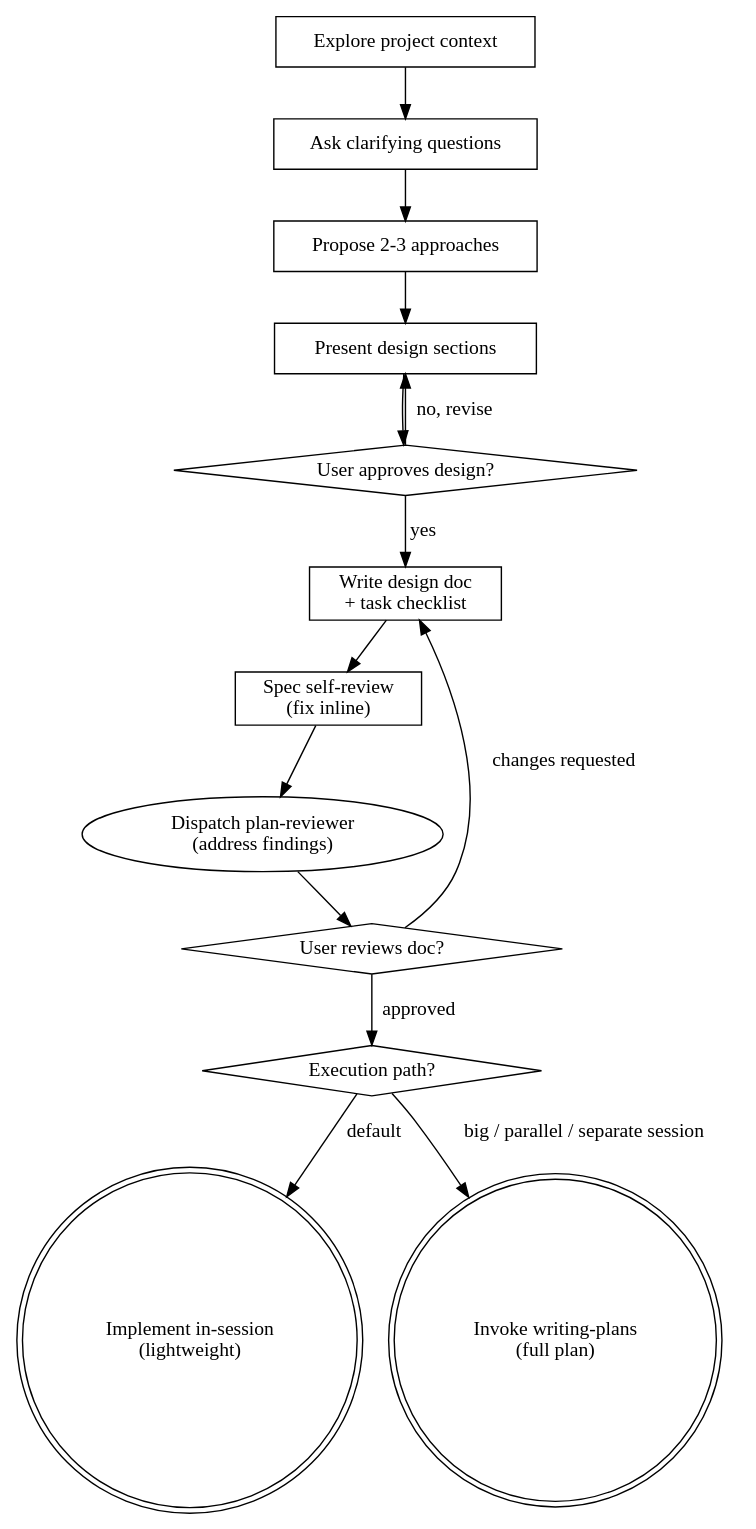
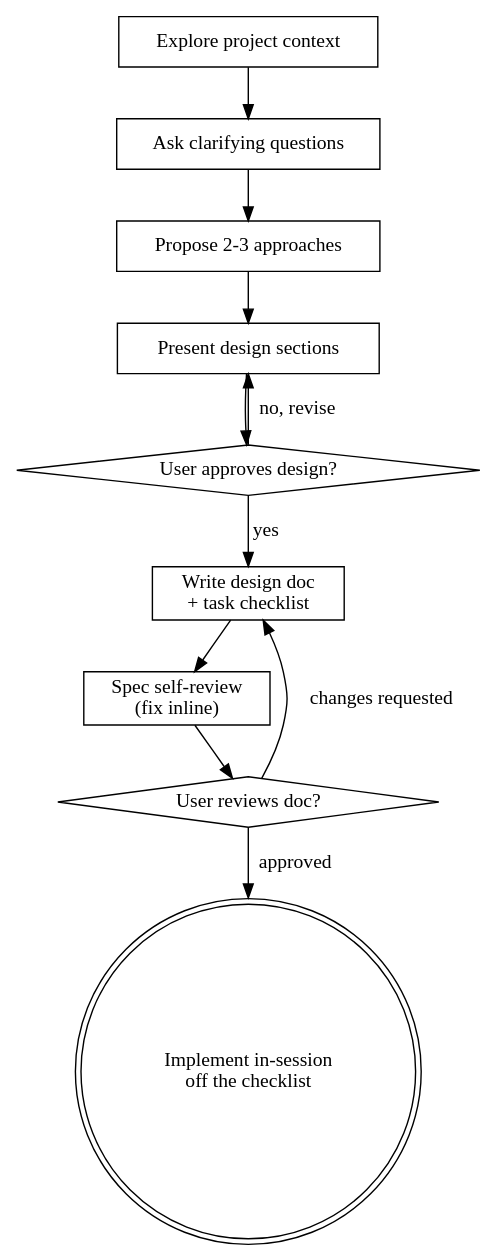
One commit to geofffranks/superpowers changed the diagram in skills/brainstorming/SKILL.md. Above: the diagram before and after it, drawn with Graphviz. The commit also changed other lines of this file and 8 other files, not shown here.

First line of the commit message:
feat(skills): route implementer/researcher/code-reviewer to clod-subagent; lightweight-only flow

````diff
--- a/skills/brainstorming/SKILL.md
+++ b/skills/brainstorming/SKILL.md
@@ -50,29 +49,24 @@
 ```dot
 digraph brainstorming {
     "Explore project context" [shape=box];
     "Ask clarifying questions" [shape=box];
     "Propose 2-3 approaches" [shape=box];
     "Present design sections" [shape=box];
     "User approves design?" [shape=diamond];
     "Write design doc\n+ task checklist" [shape=box];
     "Spec self-review\n(fix inline)" [shape=box];
     "User reviews doc?" [shape=diamond];
-    "Execution path?" [shape=diamond];
-    "Implement in-session\n(lightweight)" [shape=doublecircle];
-    "Invoke writing-plans\n(full plan)" [shape=doublecircle];
+    "Implement in-session\noff the checklist" [shape=doublecircle];
 
     "Explore project context" -> "Ask clarifying questions";
     "Ask clarifying questions" -> "Propose 2-3 approaches";
     "Propose 2-3 approaches" -> "Present design sections";
     "Present design sections" -> "User approves design?";
     "User approves design?" -> "Present design sections" [label="no, revise"];
     "User approves design?" -> "Write design doc\n+ task checklist" [label="yes"];
     "Write design doc\n+ task checklist" -> "Spec self-review\n(fix inline)";
-    "Spec self-review\n(fix inline)" -> "Dispatch plan-reviewer\n(address findings)";
-    "Dispatch plan-reviewer\n(address findings)" -> "User reviews doc?";
+    "Spec self-review\n(fix inline)" -> "User reviews doc?";
     "User reviews doc?" -> "Write design doc\n+ task checklist" [label="changes requested"];
-    "User reviews doc?" -> "Execution path?" [label="approved"];
-    "Execution path?" -> "Implement in-session\n(lightweight)" [label="default"];
-    "Execution path?" -> "Invoke writing-plans\n(full plan)" [label="big / parallel / separate session"];
+    "User reviews doc?" -> "Implement in-session\noff the checklist" [label="approved"];
 }
 ```
````
